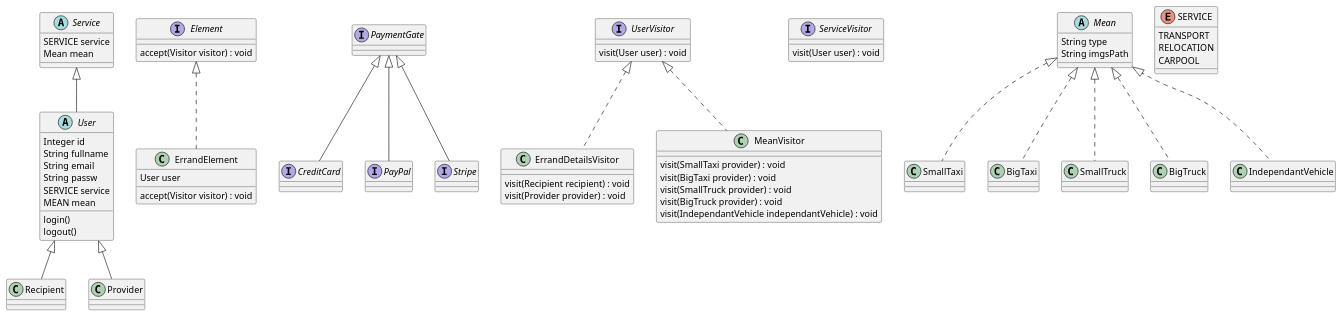
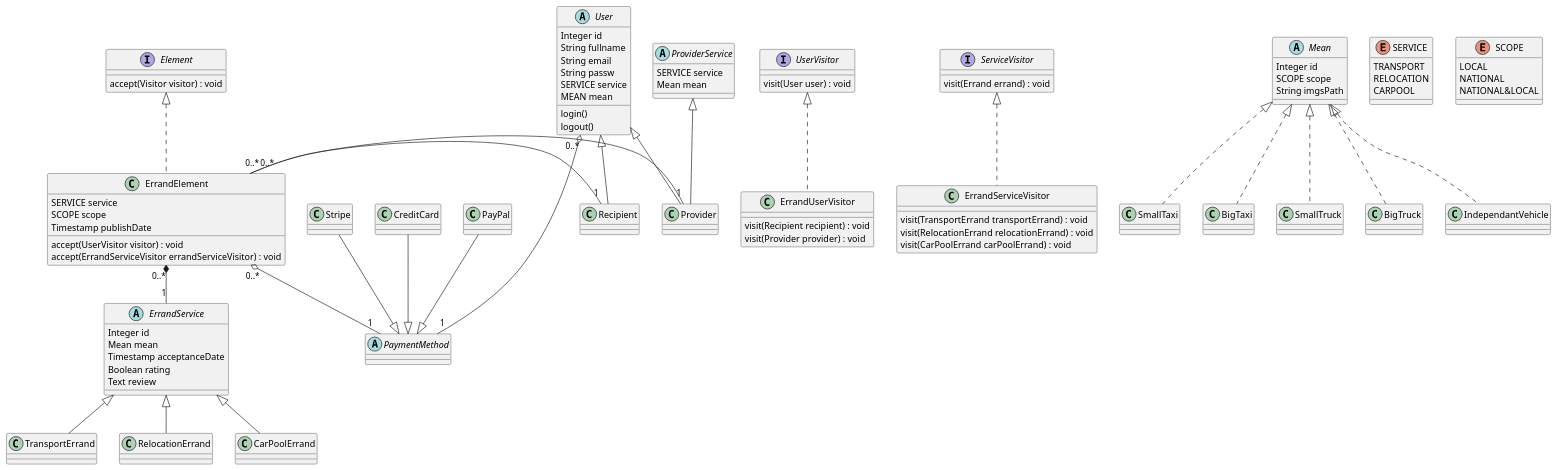
One commit to mehdilagdimi/chiforek changed the diagram in conception/classDiagram.puml. Above: the diagram before and after it, drawn with PlantUML.

Commit message:
finishing class diag

```diff
--- a/conception/classDiagram.puml
+++ b/conception/classDiagram.puml
@@ -1,98 +1,127 @@
 @startuml
 'https://plantuml.com/class-diagram
 
 abstract class User
 class Recipient
 class Provider
 class ErrandElement
 class CreditCard
-interface Service
 interface UserVisitor
 interface ServiceVisitor
-interface PaymentGate
-interface CreditCard
-interface PayPal
-interface Stripe
+abstract class PaymentMethod
+class CreditCard
+class PayPal
+class Stripe
 
 'Inheritance
-Service <|-- User
+ProviderService <|-- Provider
 User <|-- Recipient
 User <|-- Provider
+ErrandService  <|-- TransportErrand
+ErrandService  <|-- RelocationErrand
+ErrandService  <|-- CarPoolErrand
+
+'association
+ErrandElement "0..*" - "1" Provider
+ErrandElement "0..*" - "1" Recipient
+ErrandElement "0..*" *-- "1" ErrandService
+
+'aggregation
+User "0..*" o-- "1" PaymentMethod
+ErrandElement "0..*" o-- "1" PaymentMethod
+
 
 class ErrandElement implements Element
-class ErrandDetailsVisitor implements UserVisitor
-class MeanVisitor implements UserVisitor
+class ErrandUserVisitor implements UserVisitor
+class ErrandServiceVisitor implements ServiceVisitor
 class SmallTaxi implements Mean
 class BigTaxi implements Mean
 class SmallTruck implements Mean
 class BigTruck implements Mean
 class IndependantVehicle implements Mean
 
-interface Stripe implements PaymentGate
-interface CreditCard implements PaymentGate
-interface PayPal implements PaymentGate
+Stripe --|> PaymentMethod
+CreditCard --|> PaymentMethod
+PayPal --|> PaymentMethod
+
+abstract class ErrandService{
+    Integer id
+    Mean mean
+    Timestamp acceptanceDate
+    Boolean rating
+    Text review
+}
 
 abstract class User {
     Integer id
     String fullname
     String email
     String passw
     SERVICE service
     MEAN mean
     login()
     logout()
 }
 
 abstract class Mean{
-    String type
+    Integer id
+    SCOPE scope
     String imgsPath
 }
 
-abstract class Service{
+abstract class ProviderService{
     SERVICE service
     Mean mean
 }
 
 class Recipient{
 }
 class Provider{
 }
 
 
 interface Element{
     accept(Visitor visitor) : void
 }
 
 class ErrandElement{
-    User user
-    accept(Visitor visitor) : void
+    SERVICE service
+    SCOPE scope
+'    ErrandService errandService
+'    PaymentMethod paymentMethod
+    Timestamp publishDate
+    accept(UserVisitor visitor) : void
+    accept(ErrandServiceVisitor errandServiceVisitor) : void
 }
 
 interface UserVisitor{
     visit(User user) : void
 }
 interface ServiceVisitor{
-    visit(User user) : void
+    visit(Errand errand) : void
 }
 
-class ErrandDetailsVisitor{
+class ErrandUserVisitor{
     visit(Recipient recipient) : void
     visit(Provider provider) : void
 
 }
 
-class MeanVisitor{
-    visit(SmallTaxi provider) : void
-    visit(BigTaxi provider) : void
-    visit(SmallTruck provider) : void
-    visit(BigTruck provider) : void
-    visit(IndependantVehicle independantVehicle) : void
+class ErrandServiceVisitor{
+    visit(TransportErrand transportErrand) : void
+    visit(RelocationErrand relocationErrand) : void
+    visit(CarPoolErrand carPoolErrand) : void
 }
 
 enum SERVICE {
 TRANSPORT
 RELOCATION
 CARPOOL
 }
+enum SCOPE {
+LOCAL
+NATIONAL
+NATIONAL&LOCAL
+}
 
 @enduml
```
